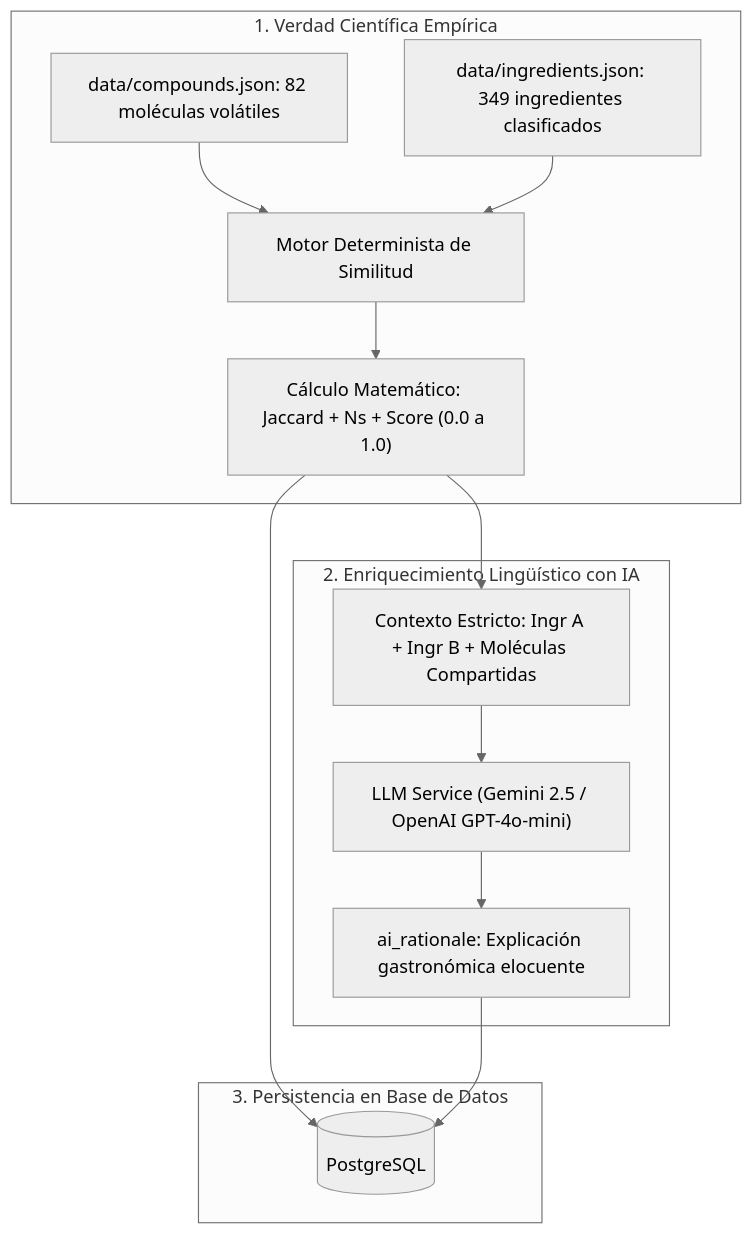
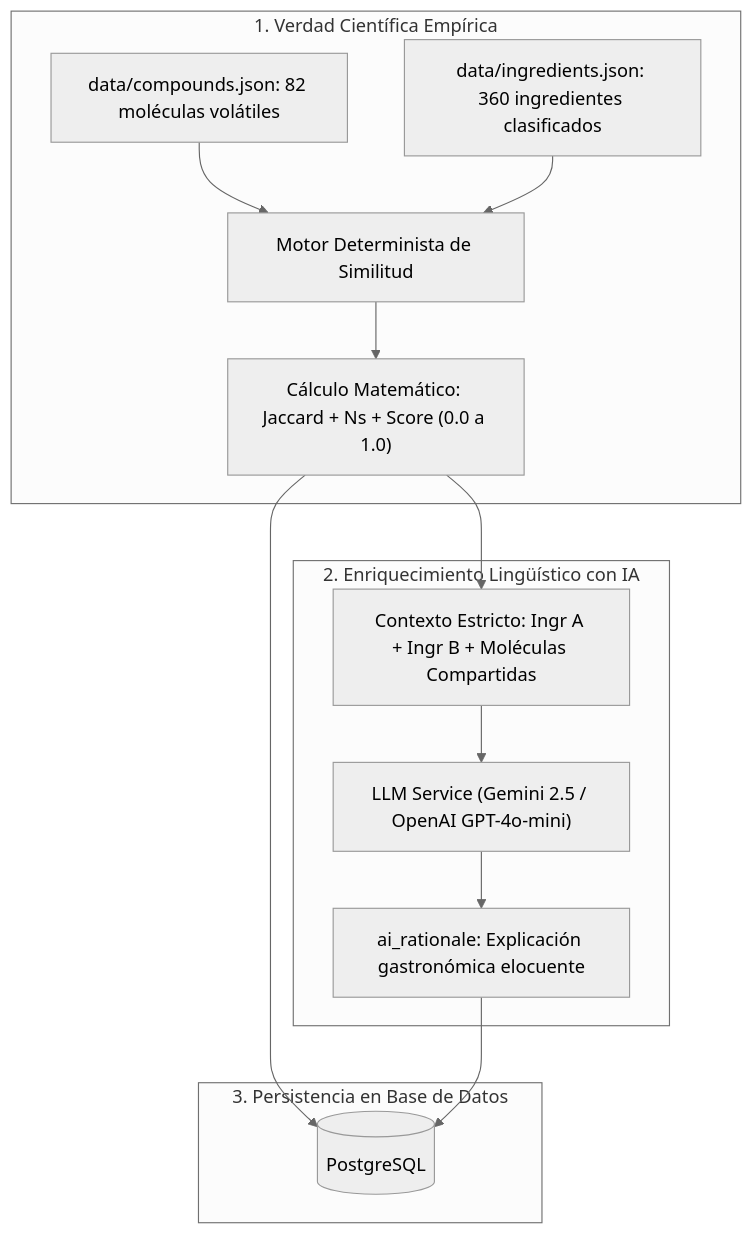
One commit to prueba-error/mapa-de-sabores changed the diagram in docs/JUSTIFICACION_TEORICA_FOOD_PAIRING.md. Above: the diagram before and after it, drawn with Mermaid (neutral theme). The commit also changed 2 other files, not shown here.

Commit message:
feat(data): add 11 canonical dataset ingredients and update catalog to 360 items

````diff
--- a/docs/JUSTIFICACION_TEORICA_FOOD_PAIRING.md
+++ b/docs/JUSTIFICACION_TEORICA_FOOD_PAIRING.md
@@ -87,21 +87,21 @@
 ```mermaid
 flowchart TD
     subgraph DataScientia [1. Verdad Científica Empírica]
         D1[data/compounds.json: 82 moléculas volátiles]
-        D2[data/ingredients.json: 349 ingredientes clasificados]
+        D2[data/ingredients.json: 360 ingredientes clasificados]
         D1 --> CALC[Motor Determinista de Similitud]
         D2 --> CALC
         CALC --> RES["Cálculo Matemático: Jaccard + Ns + Score (0.0 a 1.0)"]
     end
 
     subgraph LLMRole [2. Enriquecimiento Lingüístico con IA]
         RES --> PROMPT["Contexto Estricto: Ingr A + Ingr B + Moléculas Compartidas"]
         PROMPT --> LLM["LLM Service (Gemini 2.5 / OpenAI GPT-4o-mini)"]
         LLM --> TEXT["ai_rationale: Explicación gastronómica elocuente"]
     end
 
     subgraph Storage [3. Persistencia en Base de Datos]
         RES --> DB[(PostgreSQL)]
         TEXT --> DB
     end
 ```
````
